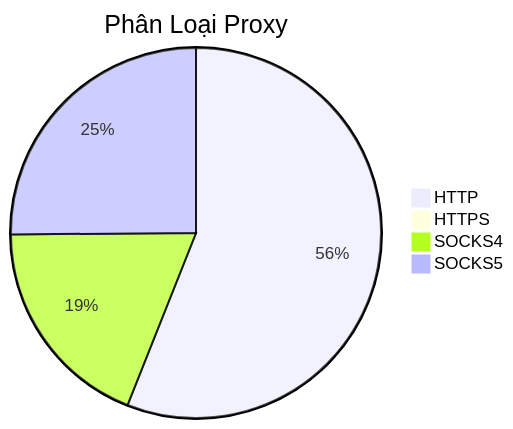
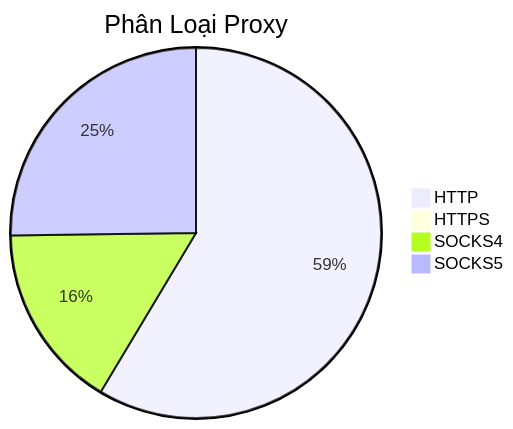
The diagram in README.md (Ciara-12/PROXY-free), drawn with Mermaid before and after one commit. The commit also changed other lines of this file and 3 other files, not shown here.

````diff
--- a/README.md
+++ b/README.md
@@ -26,7 +26,7 @@
 ```mermaid
 pie title Phân Loại Proxy
-    "HTTP" : 823
+    "HTTP" : 876
     "HTTPS" : 0
-    "SOCKS4" : 277
-    "SOCKS5" : 369
+    "SOCKS4" : 242
+    "SOCKS5" : 377
 ```
````
